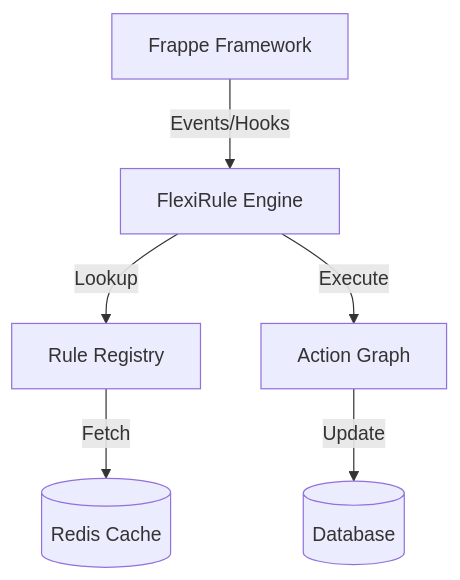
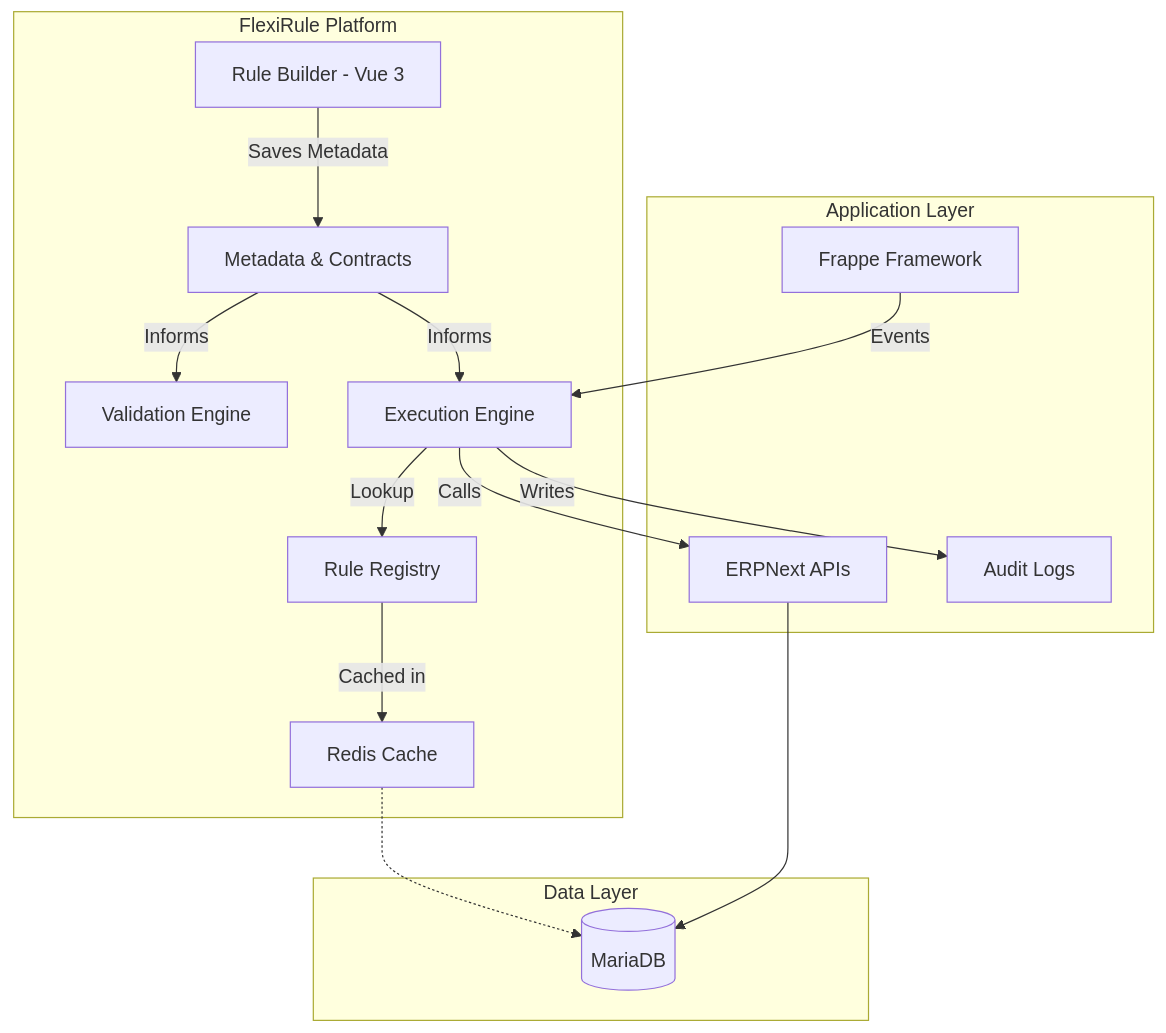
The diagram in content/en/introduction/architecture.md (Sendipad/flexirule-docs), drawn with Mermaid before and after one commit. The commit also changed other lines of this file, not shown here.

First line of the commit message:
Rewrite High-level Architecture documentation

````diff
--- a/content/en/introduction/architecture.md
+++ b/content/en/introduction/architecture.md
@@ -15,8 +17,21 @@
 ```mermaid
 graph TD
-    Frappe[Frappe Framework] -->|Events/Hooks| FR[FlexiRule Engine]
-    FR -->|Lookup| Registry[Rule Registry]
-    Registry -->|Fetch| Cache[(Redis Cache)]
-    FR -->|Execute| Graph[Action Graph]
-    Graph -->|Update| DB[(Database)]
+    subgraph "FlexiRule Platform"
+        RB[Rule Builder - Vue 3] -->|Saves Metadata| MC[Metadata & Contracts]
+        MC -->|Informs| VE[Validation Engine]
+        MC -->|Informs| RE[Execution Engine]
+        RE -->|Lookup| RR[Rule Registry]
+        RR -->|Cached in| RC[Redis Cache]
+    end
+
+    subgraph "Application Layer"
+        FR[Frappe Framework] -->|Events| RE
+        RE -->|Calls| AP[ERPNext APIs]
+        RE -->|Writes| LOG[Audit Logs]
+    end
+
+    subgraph "Data Layer"
+        AP --> DB[(MariaDB)]
+        RC -.-> DB
+    end
 ```
````
